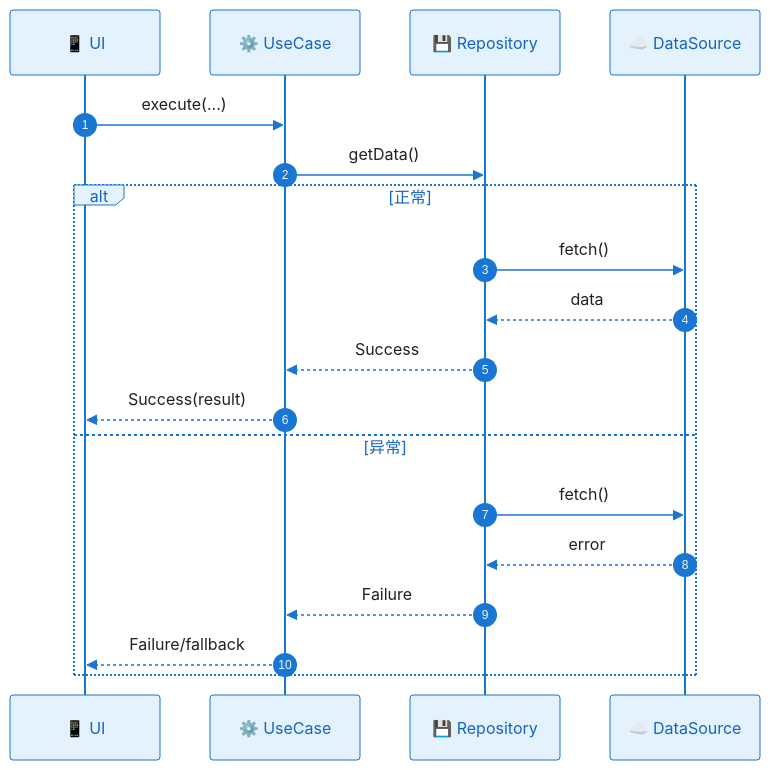
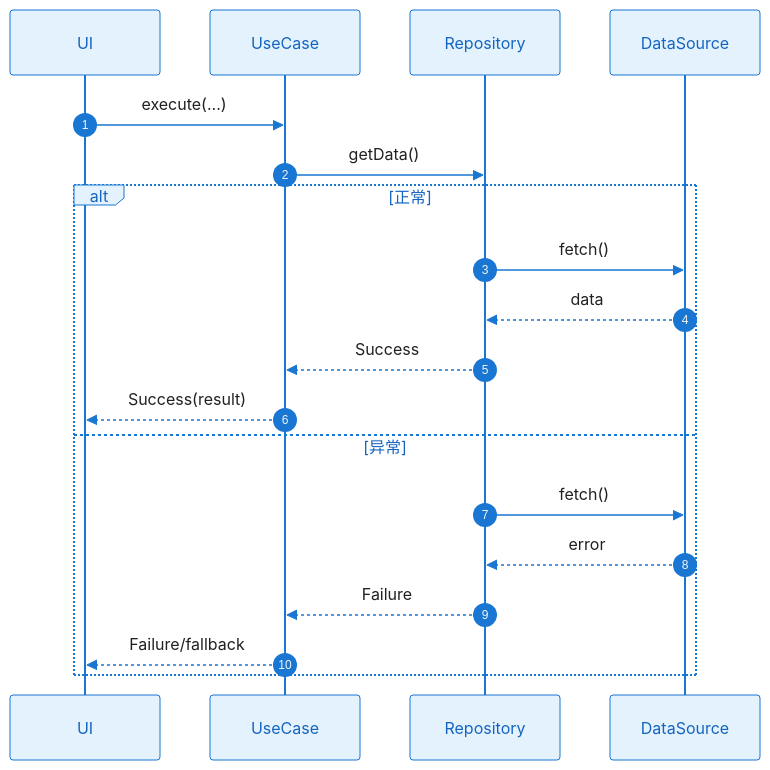
Before and after one commit to jackykarma/Verity: diagram 11 of 11 in .specify/templates/plan-template.md, drawn with Mermaid. The commit also changed other lines of this file and 1 other file, not shown here.

Commit message:
移除mermaid使用emoji

````diff
--- a/.specify/templates/plan-template.md
+++ b/.specify/templates/plan-template.md
@@ -857,25 +857,25 @@
 ```mermaid
 %%{init: {'theme': 'base', 'themeVariables': { 'actorBkg': '#E3F2FD', 'actorBorder': '#1976D2', 'actorTextColor': '#1565C0', 'signalColor': '#1976D2', 'signalTextColor': '#212121', 'noteBkgColor': '#FFF8E1', 'noteBorderColor': '#FFC107'}}}%%
 sequenceDiagram
     autonumber
     
-    participant UI as 📱 UI
-    participant UC as ⚙️ UseCase
-    participant Repo as 💾 Repository
-    participant DS as ☁️ DataSource
+    participant UI as UI
+    participant UC as UseCase
+    participant Repo as Repository
+    participant DS as DataSource
 
     UI->>UC: execute(...)
     UC->>Repo: getData()
     
     alt 正常
         Repo->>DS: fetch()
         DS-->>Repo: data
         Repo-->>UC: Success
         UC-->>UI: Success(result)
     else 异常
         Repo->>DS: fetch()
         DS-->>Repo: error
         Repo-->>UC: Failure
         UC-->>UI: Failure/fallback
     end
 ```
````
